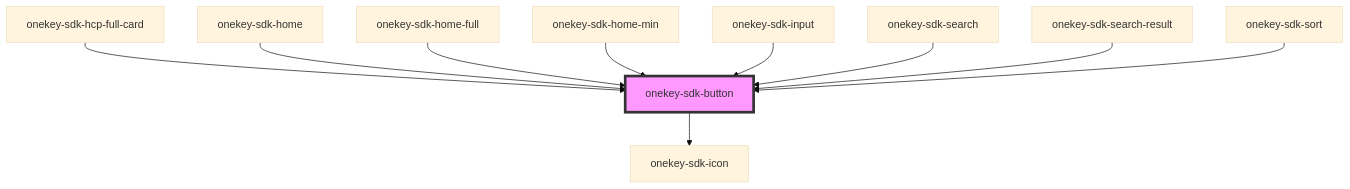
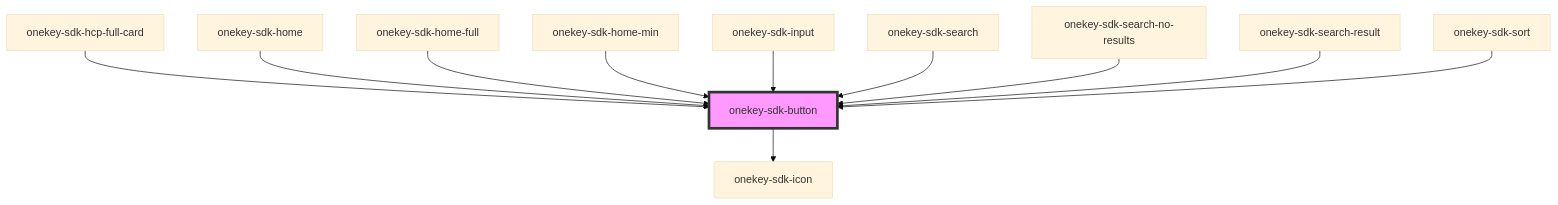
One commit to hcl-sdk/HealthCareLocatorWebSDK changed the diagram in packages/onekey-sdk-web-ui/docs/components/ui-kits/onekey-sdk-button/readme.md. Above: the diagram before and after it, drawn with Mermaid (base theme). The commit also changed other lines of this file and 32 other files, not shown here.

Commit message:
fix(share,search): fix share template, profile map on real mobile, align search and show reset btn. implement search no results

````diff
--- a/packages/onekey-sdk-web-ui/docs/components/ui-kits/onekey-sdk-button/readme.md
+++ b/packages/onekey-sdk-web-ui/docs/components/ui-kits/onekey-sdk-button/readme.md
@@ -46,13 +47,14 @@
 ```mermaid
 graph TD;
   onekey-sdk-button --> onekey-sdk-icon
   onekey-sdk-hcp-full-card --> onekey-sdk-button
   onekey-sdk-home --> onekey-sdk-button
   onekey-sdk-home-full --> onekey-sdk-button
   onekey-sdk-home-min --> onekey-sdk-button
   onekey-sdk-input --> onekey-sdk-button
   onekey-sdk-search --> onekey-sdk-button
+  onekey-sdk-search-no-results --> onekey-sdk-button
   onekey-sdk-search-result --> onekey-sdk-button
   onekey-sdk-sort --> onekey-sdk-button
   style onekey-sdk-button fill:#f9f,stroke:#333,stroke-width:4px
 ```
````
